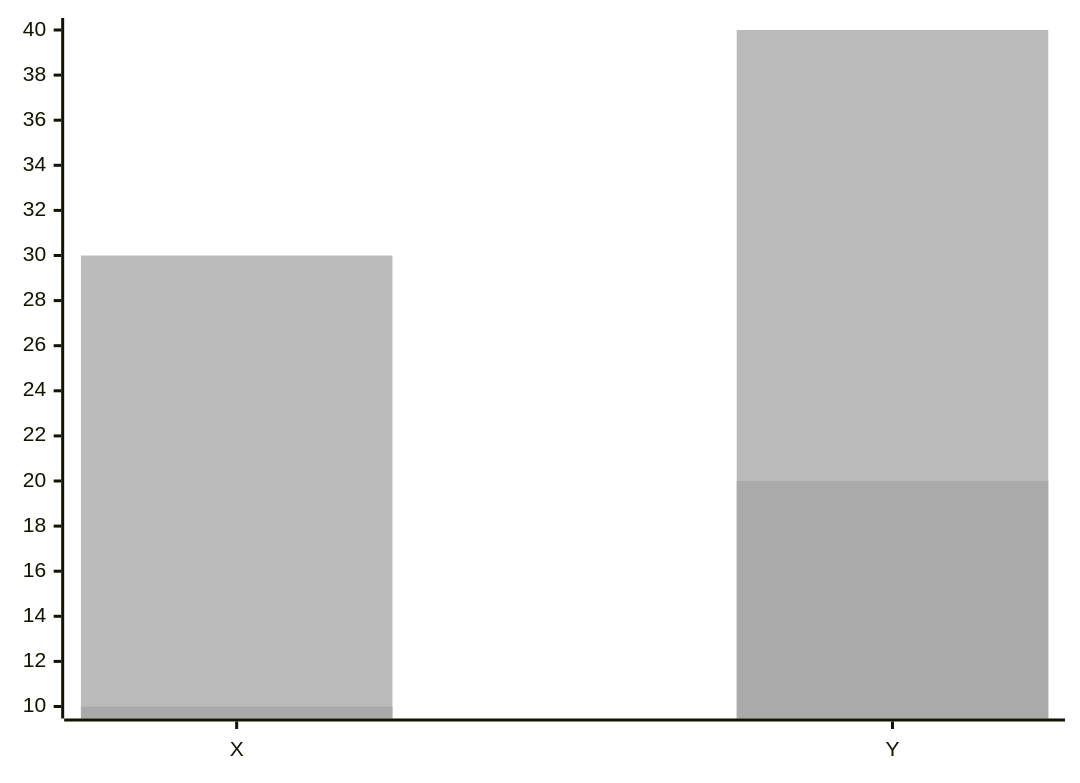
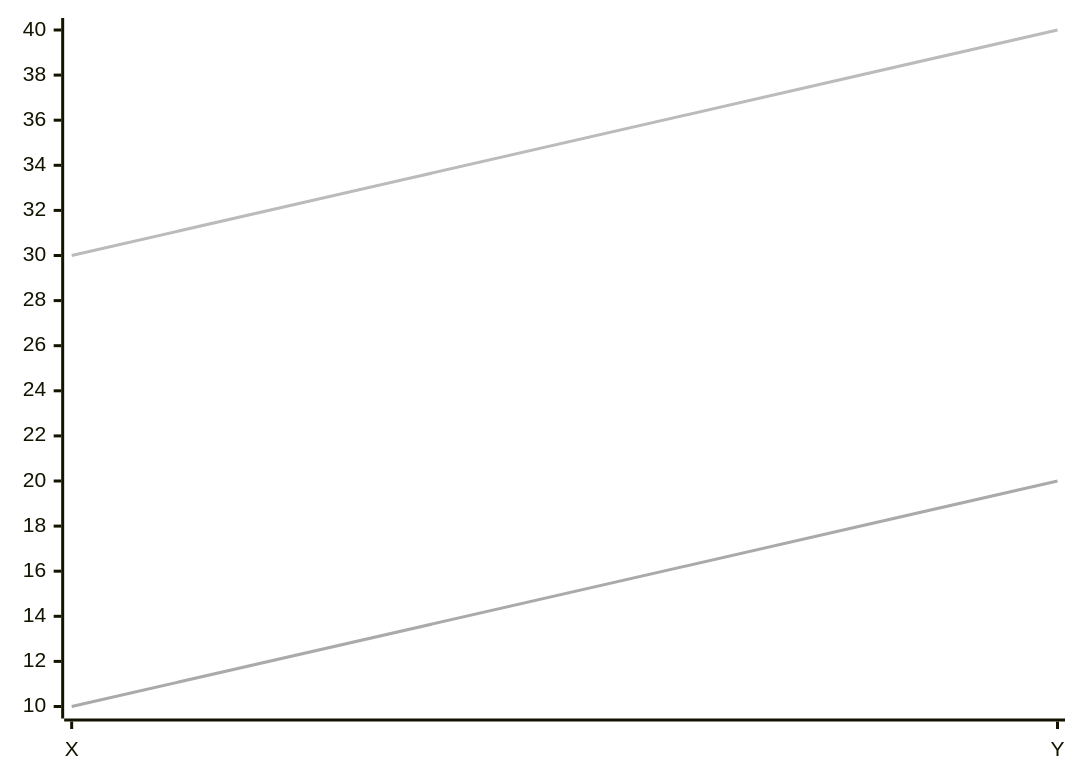
The diagram in docs/tests/TestHue/test_palette_dict.md (Excidion/seanymph), drawn with Mermaid before and after one commit. The commit also changed 11 other files, not shown here.

````diff
--- a/docs/tests/TestHue/test_palette_dict.md
+++ b/docs/tests/TestHue/test_palette_dict.md
@@ -1,7 +1,7 @@
 ```mermaid
-%%{init: {'themeVariables': {'xyChart': {'plotColorPalette': '#bbbbbb,#aaaaaa'}}}}%%
+%%{init: {'themeVariables': {'xyChart': {'plotColorPalette': '#aaaaaa,#bbbbbb'}}}}%%
 xychart-beta
     x-axis [X, Y]
-    bar [30, 40]
-    bar [10, 20]
+    line [10, 20]
+    line [30, 40]
 ```
````
